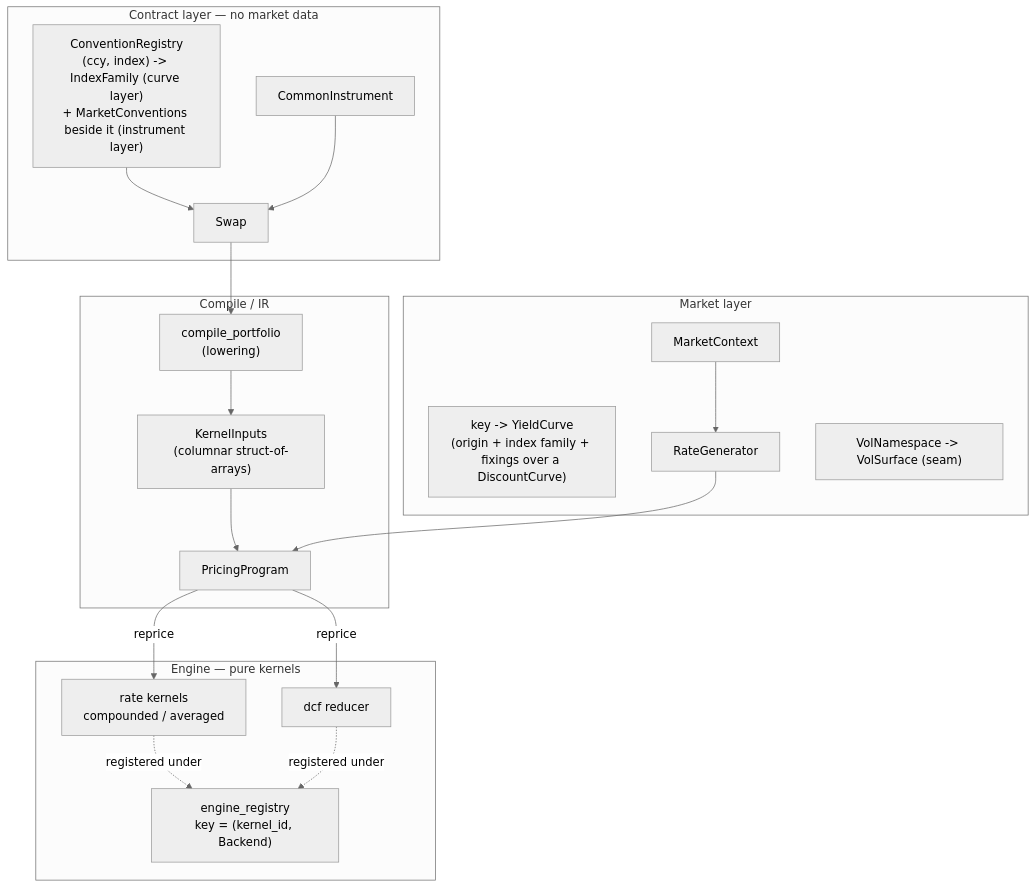
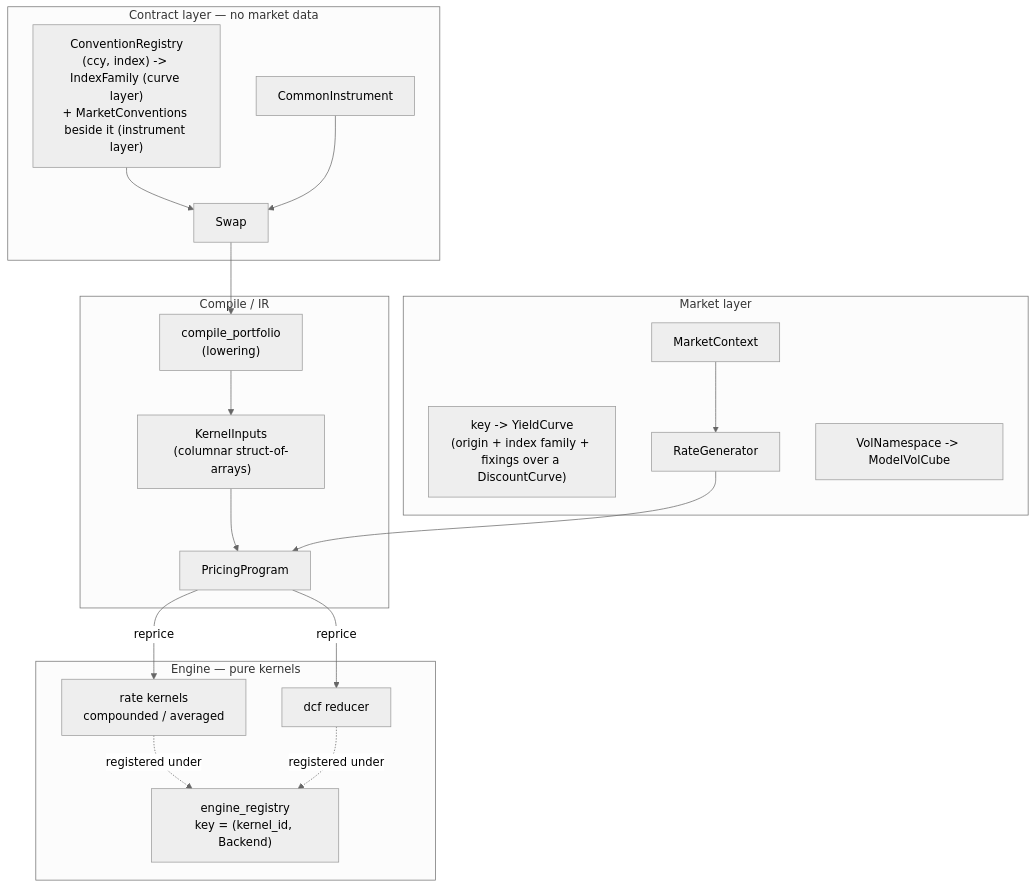
The second of 4 diagrams in docs/pricing_architecture.md (rudetastic13/quant-toolkit), drawn with Mermaid (neutral theme) before and after one commit. The commit also changed other lines of this file and 13 other files, not shown here.

````diff
--- a/docs/pricing_architecture.md
+++ b/docs/pricing_architecture.md
@@ -87,33 +87,33 @@
 ```mermaid
 flowchart TB
     subgraph CONTRACT["Contract layer — no market data"]
         CONV["ConventionRegistry<br/>(ccy, index) -> IndexFamily (curve layer)<br/>+ MarketConventions beside it (instrument layer)"]
         CI["CommonInstrument"]
         RS2["Swap"]
     end
     subgraph MARKET["Market layer"]
         MC["MarketContext"]
         CN["key -> YieldCurve<br/>(origin + index family + fixings over a DiscountCurve)"]
         RG["RateGenerator"]
-        VN["VolNamespace -> VolSurface (seam)"]
+        VN["VolNamespace -> ModelVolCube"]
     end
     subgraph COMPILE["Compile / IR"]
         CMP["compile_portfolio<br/>(lowering)"]
         KI["KernelInputs<br/>(columnar struct-of-arrays)"]
         PP2["PricingProgram"]
     end
     subgraph ENGINE["Engine — pure kernels"]
         REG["engine_registry<br/>key = (kernel_id, Backend)"]
         RK["rate kernels<br/>compounded / averaged"]
         DCF["dcf reducer"]
     end
 
     CONV --> RS2
     CI --> RS2
     RS2 --> CMP --> KI --> PP2
     MC --> RG --> PP2
     PP2 -- "reprice" --> RK
     PP2 -- "reprice" --> DCF
     RK -. "registered under" .-> REG
     DCF -. "registered under" .-> REG
 ```
````
